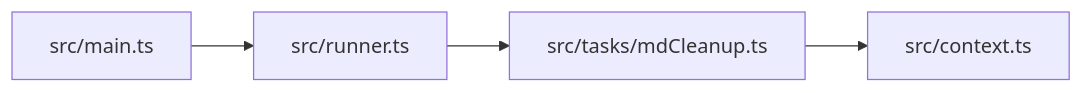
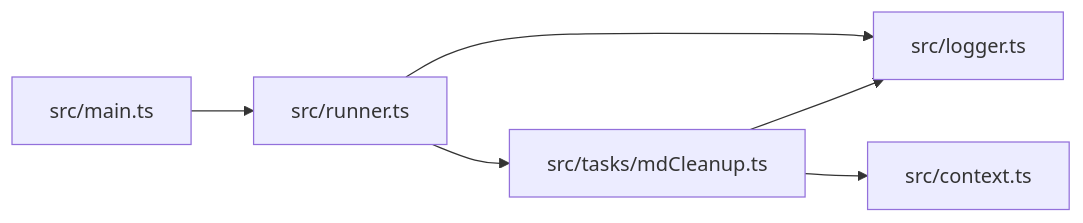
One commit to hllshiro/doc2md-cli changed the fourth of 4 diagrams in .qoder/repowiki/zh/content/转换模块详解/Markdown 内容清理模块.md. Above: the diagram before and after it, drawn with Mermaid. The commit also changed other lines of this file and 5 other files, not shown here.

````diff
--- a/.qoder/repowiki/zh/content/转换模块详解/Markdown 内容清理模块.md
+++ b/.qoder/repowiki/zh/content/转换模块详解/Markdown 内容清理模块.md
@@ -284,10 +298,13 @@
 ```mermaid
 graph LR
 MD["src/tasks/mdCleanup.ts"]
 CTX["src/context.ts"]
 MAIN["src/main.ts"]
 RUN["src/runner.ts"]
+LOG["src/logger.ts"]
 MAIN --> RUN
+RUN --> LOG
 RUN --> MD
 MD --> CTX
+MD --> LOG
 ```
````
